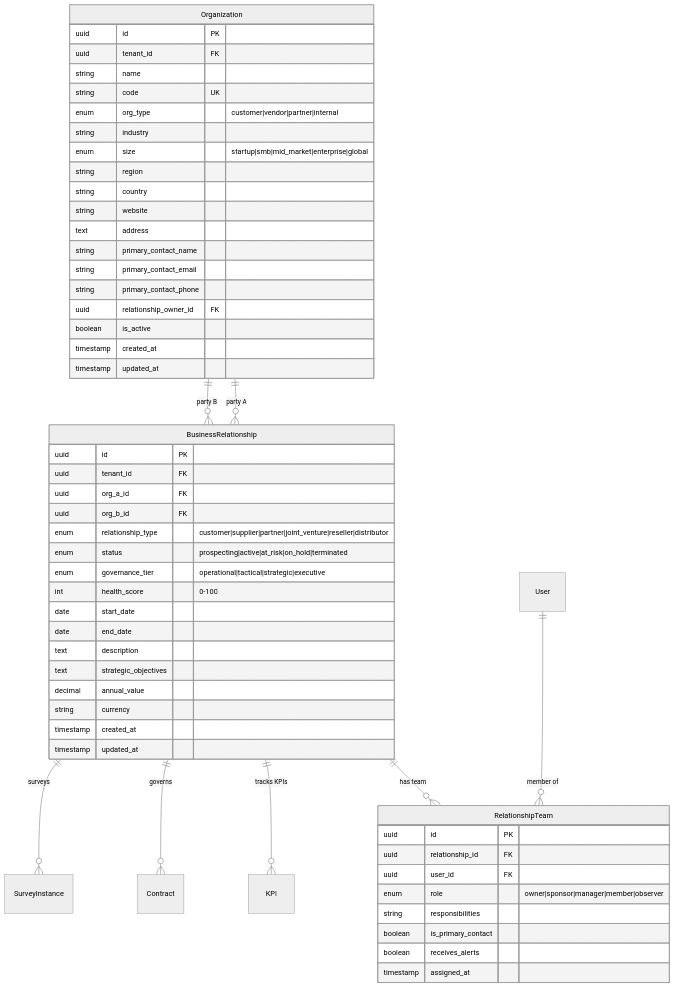
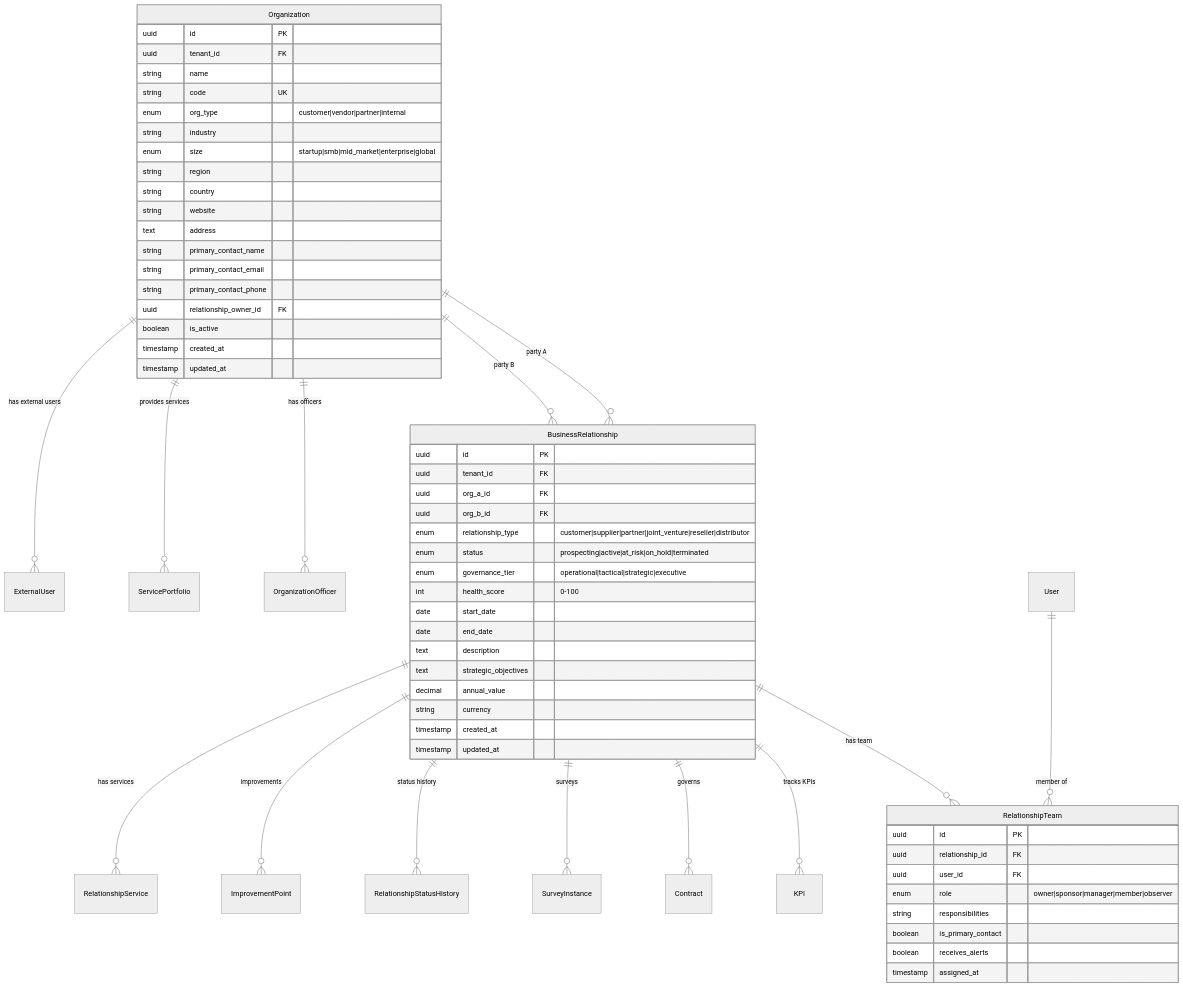
Diagram 25 of 51 in docs/DATA_MODEL.md (jjayarajdev/clm-evaluetor), drawn with Mermaid (neutral theme) before and after one commit. The commit also changed other lines of this file and 19 other files, not shown here.

````diff
--- a/docs/DATA_MODEL.md
+++ b/docs/DATA_MODEL.md
@@ -503,61 +1025,67 @@
 ```mermaid
 erDiagram
     Organization ||--o{ BusinessRelationship : "party A"
     Organization ||--o{ BusinessRelationship : "party B"
+    Organization ||--o{ OrganizationOfficer : "has officers"
+    Organization ||--o{ ServicePortfolio : "provides services"
+    Organization ||--o{ ExternalUser : "has external users"
     BusinessRelationship ||--o{ RelationshipTeam : "has team"
     BusinessRelationship ||--o{ KPI : "tracks KPIs"
     BusinessRelationship ||--o{ Contract : "governs"
     BusinessRelationship ||--o{ SurveyInstance : "surveys"
+    BusinessRelationship ||--o{ RelationshipStatusHistory : "status history"
+    BusinessRelationship ||--o{ ImprovementPoint : "improvements"
+    BusinessRelationship ||--o{ RelationshipService : "has services"
     User ||--o{ RelationshipTeam : "member of"
 
     Organization {
         uuid id PK
         uuid tenant_id FK
         string name
         string code UK
         enum org_type "customer|vendor|partner|internal"
         string industry
         enum size "startup|smb|mid_market|enterprise|global"
         string region
         string country
         string website
         text address
         string primary_contact_name
         string primary_contact_email
         string primary_contact_phone
         uuid relationship_owner_id FK
         boolean is_active
         timestamp created_at
         timestamp updated_at
     }
 
     BusinessRelationship {
         uuid id PK
         uuid tenant_id FK
         uuid org_a_id FK
         uuid org_b_id FK
         enum relationship_type "customer|supplier|partner|joint_venture|reseller|distributor"
         enum status "prospecting|active|at_risk|on_hold|terminated"
         enum governance_tier "operational|tactical|strategic|executive"
         int health_score "0-100"
         date start_date
         date end_date
         text description
         text strategic_objectives
         decimal annual_value
         string currency
         timestamp created_at
         timestamp updated_at
     }
 
     RelationshipTeam {
         uuid id PK
         uuid relationship_id FK
         uuid user_id FK
         enum role "owner|sponsor|manager|member|observer"
         string responsibilities
         boolean is_primary_contact
         boolean receives_alerts
         timestamp assigned_at
     }
 ```
````
